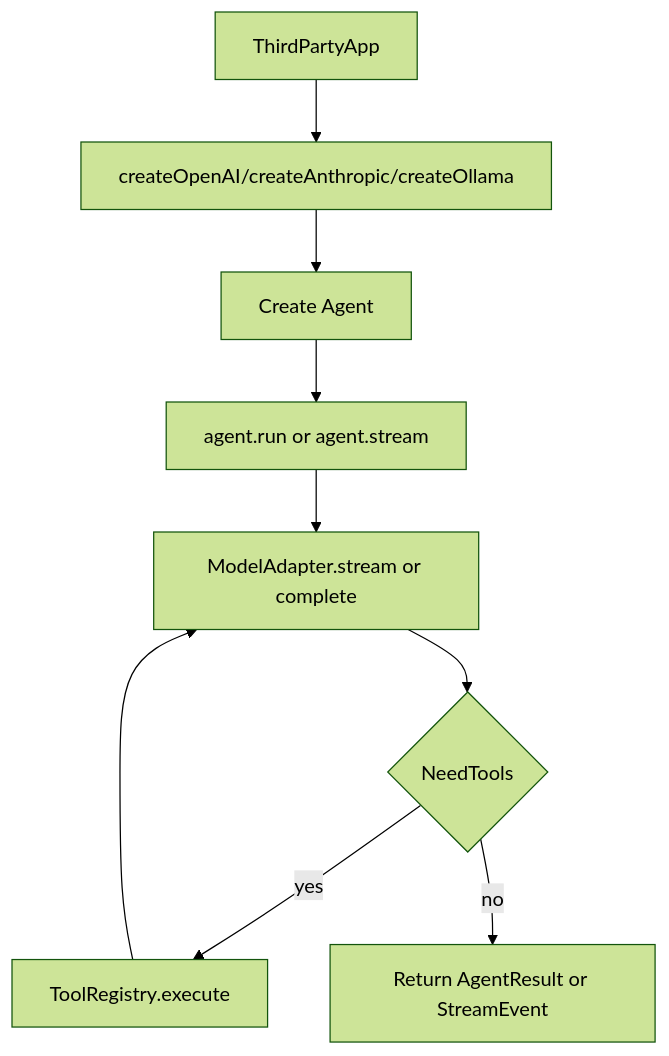
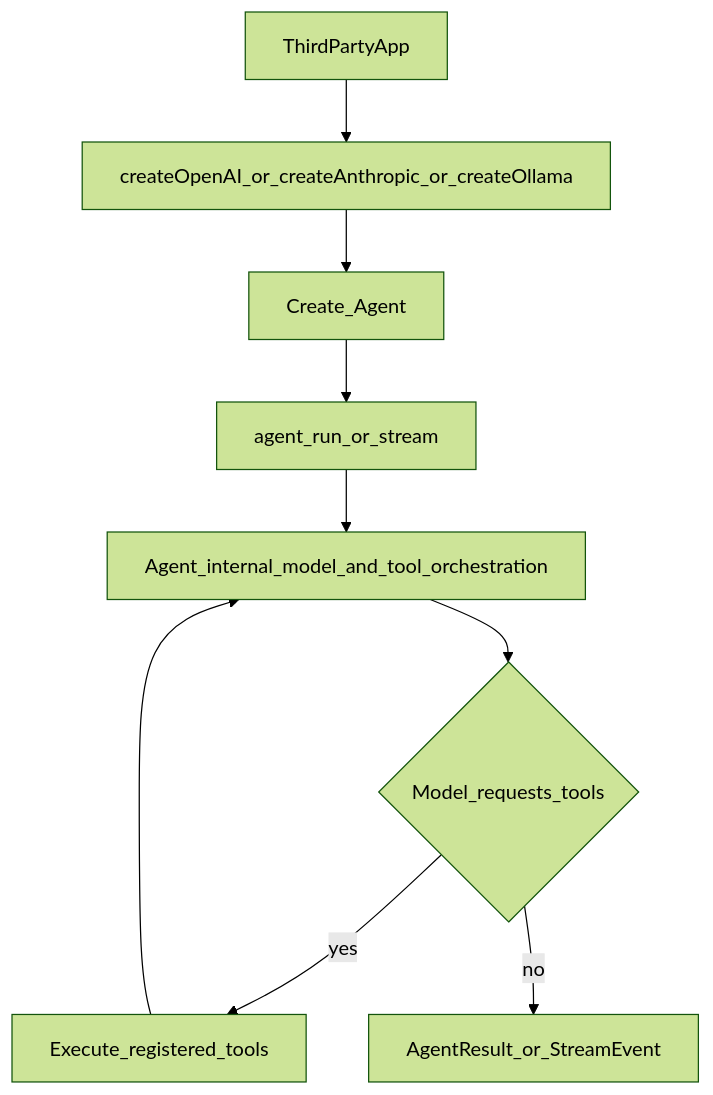
The diagram in docs/sdk-overview.md (ddlqhd/agent-sdk), drawn with Mermaid (forest theme) before and after one commit. The commit also changed other lines of this file and 15 other files, not shown here.

````diff
--- a/docs/sdk-overview.md
+++ b/docs/sdk-overview.md
@@ -58,11 +76,11 @@
 ```mermaid
 flowchart TD
-  App[ThirdPartyApp] --> CreateModel[createOpenAI/createAnthropic/createOllama]
-  CreateModel --> AgentInit[Create Agent]
-  AgentInit --> Input[agent.run or agent.stream]
-  Input --> ModelCall[ModelAdapter.stream or complete]
-  ModelCall --> ToolLoop{NeedTools}
-  ToolLoop -->|yes| ExecuteTools[ToolRegistry.execute]
-  ExecuteTools --> ModelCall
-  ToolLoop -->|no| Output[Return AgentResult or StreamEvent]
+  App[ThirdPartyApp] --> CreateModel[createOpenAI_or_createAnthropic_or_createOllama]
+  CreateModel --> AgentInit[Create_Agent]
+  AgentInit --> Input[agent_run_or_stream]
+  Input --> Internal[Agent_internal_model_and_tool_orchestration]
+  Internal --> ToolLoop{Model_requests_tools}
+  ToolLoop -->|yes| ExecuteTools[Execute_registered_tools]
+  ExecuteTools --> Internal
+  ToolLoop -->|no| Output[AgentResult_or_StreamEvent]
 ```
````
